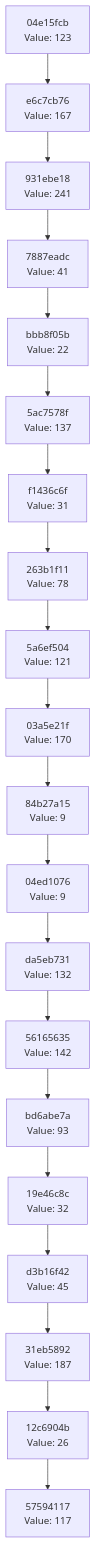
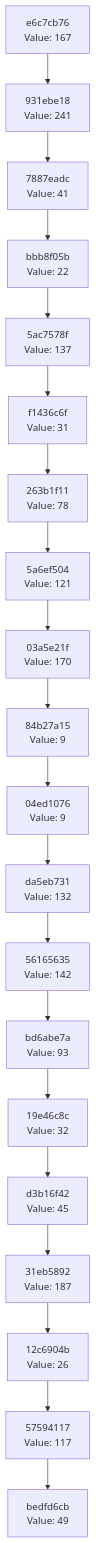
One commit to Abhisheksinha1506/hash-chain-evolver changed the diagram in docs/CHAIN_VISUALIZATION.md. Above: the diagram before and after it, drawn with Mermaid. The commit also changed 3 other files, not shown here.

````diff
--- a/docs/CHAIN_VISUALIZATION.md
+++ b/docs/CHAIN_VISUALIZATION.md
@@ -3,42 +3,42 @@
 ```mermaid
 graph TD
-    C0["57594117<br/>Value: 117"]
-    C1["12c6904b<br/>Value: 26"]
+    C0["bedfd6cb<br/>Value: 49"]
+    C1["57594117<br/>Value: 117"]
     C1 --> C0
-    C2["31eb5892<br/>Value: 187"]
+    C2["12c6904b<br/>Value: 26"]
     C2 --> C1
-    C3["d3b16f42<br/>Value: 45"]
+    C3["31eb5892<br/>Value: 187"]
     C3 --> C2
-    C4["19e46c8c<br/>Value: 32"]
+    C4["d3b16f42<br/>Value: 45"]
     C4 --> C3
-    C5["bd6abe7a<br/>Value: 93"]
+    C5["19e46c8c<br/>Value: 32"]
     C5 --> C4
-    C6["56165635<br/>Value: 142"]
+    C6["bd6abe7a<br/>Value: 93"]
     C6 --> C5
-    C7["da5eb731<br/>Value: 132"]
+    C7["56165635<br/>Value: 142"]
     C7 --> C6
-    C8["04ed1076<br/>Value: 9"]
+    C8["da5eb731<br/>Value: 132"]
     C8 --> C7
-    C9["84b27a15<br/>Value: 9"]
+    C9["04ed1076<br/>Value: 9"]
     C9 --> C8
-    C10["03a5e21f<br/>Value: 170"]
+    C10["84b27a15<br/>Value: 9"]
     C10 --> C9
-    C11["5a6ef504<br/>Value: 121"]
+    C11["03a5e21f<br/>Value: 170"]
     C11 --> C10
-    C12["263b1f11<br/>Value: 78"]
+    C12["5a6ef504<br/>Value: 121"]
     C12 --> C11
-    C13["f1436c6f<br/>Value: 31"]
+    C13["263b1f11<br/>Value: 78"]
     C13 --> C12
-    C14["5ac7578f<br/>Value: 137"]
+    C14["f1436c6f<br/>Value: 31"]
     C14 --> C13
-    C15["bbb8f05b<br/>Value: 22"]
+    C15["5ac7578f<br/>Value: 137"]
     C15 --> C14
-    C16["7887eadc<br/>Value: 41"]
+    C16["bbb8f05b<br/>Value: 22"]
     C16 --> C15
-    C17["931ebe18<br/>Value: 241"]
+    C17["7887eadc<br/>Value: 41"]
     C17 --> C16
-    C18["e6c7cb76<br/>Value: 167"]
+    C18["931ebe18<br/>Value: 241"]
     C18 --> C17
-    C19["04e15fcb<br/>Value: 123"]
+    C19["e6c7cb76<br/>Value: 167"]
     C19 --> C18
 ```
````
